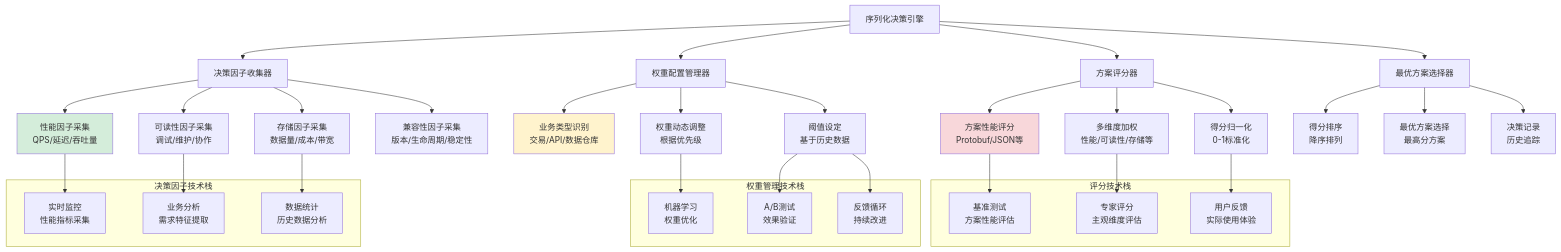
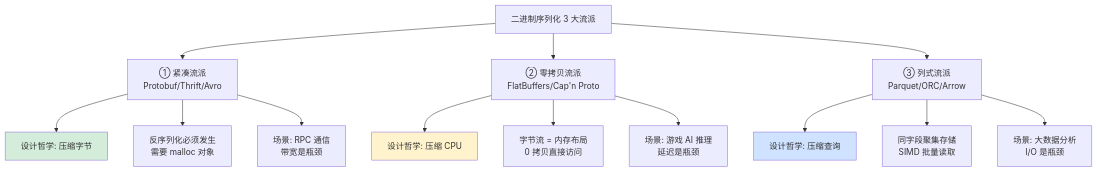
Before and after one commit to chongyang211/YCBookBlog: the eighth of 24 diagrams in 00.通用技术的提升/02.程序编程原理/05.序列化数据的思想.md, drawn with Mermaid. The commit also changed other lines of this file and 6 other files, not shown here.

````diff
--- a/00.通用技术的提升/02.程序编程原理/05.序列化数据的思想.md
+++ b/00.通用技术的提升/02.程序编程原理/05.序列化数据的思想.md
@@ -1140,58 +675,22 @@
 ```mermaid
-graph TB
-    A[序列化决策引擎] --> B[决策因子收集器]
-    A --> C[权重配置管理器]
-    A --> D[方案评分器]
-    A --> E[最优方案选择器]
-    
-    B --> B1[性能因子采集<br/>QPS/延迟/吞吐量]
-    B --> B2[可读性因子采集<br/>调试/维护/协作]
-    B --> B3[存储因子采集<br/>数据量/成本/带宽]
-    B --> B4[兼容性因子采集<br/>版本/生命周期/稳定性]
-    
-    C --> C1[业务类型识别<br/>交易/API/数据仓库]
-    C --> C2[权重动态调整<br/>根据优先级]
-    C --> C3[阈值设定<br/>基于历史数据]
-    
-    D --> D1[方案性能评分<br/>Protobuf/JSON等]
-    D --> D2[多维度加权<br/>性能/可读性/存储等]
-    D --> D3[得分归一化<br/>0-1标准化]
-    
-    E --> E1[得分排序<br/>降序排列]
-    E --> E2[最优方案选择<br/>最高分方案]
-    E --> E3[决策记录<br/>历史追踪]
-    
-    subgraph 决策因子技术栈
-        F[实时监控<br/>性能指标采集]
-        G[业务分析<br/>需求特征提取]
-        H[数据统计<br/>历史数据分析]
-    end
-    
-    B1 --> F
-    B2 --> G
-    B3 --> H
-    
-    subgraph 权重管理技术栈
-        I[机器学习<br/>权重优化]
-        J[A/B测试<br/>效果验证]
-        K[反馈循环<br/>持续改进]
-    end
-    
-    C2 --> I
-    C3 --> J
-    C3 --> K
-    
-    subgraph 评分技术栈
-        L[基准测试<br/>方案性能评估]
-        M[专家评分<br/>主观维度评估]
-        N[用户反馈<br/>实际使用体验]
-    end
-    
-    D1 --> L
-    D2 --> M
-    D3 --> N
-    
+flowchart TD
+    A[二进制序列化 3 大流派] --> B[① 紧凑流派<br/>Protobuf/Thrift/Avro]
+    A --> C[② 零拷贝流派<br/>FlatBuffers/Cap'n Proto]
+    A --> D[③ 列式流派<br/>Parquet/ORC/Arrow]
+
+    B --> B1[设计哲学: 压缩字节]
+    B --> B2[反序列化必须发生<br/>需要 malloc 对象]
+    B --> B3[场景: RPC 通信<br/>带宽是瓶颈]
+
+    C --> C1[设计哲学: 压缩 CPU]
+    C --> C2[字节流 = 内存布局<br/>0 拷贝直接访问]
+    C --> C3[场景: 游戏 AI 推理<br/>延迟是瓶颈]
+
+    D --> D1[设计哲学: 压缩查询]
+    D --> D2[同字段聚集存储<br/>SIMD 批量读取]
+    D --> D3[场景: 大数据分析<br/>I/O 是瓶颈]
+
     style B1 fill:#d4edda
     style C1 fill:#fff3cd
-    style D1 fill:#f8d7da
+    style D1 fill:#cfe2ff
 ```
````
